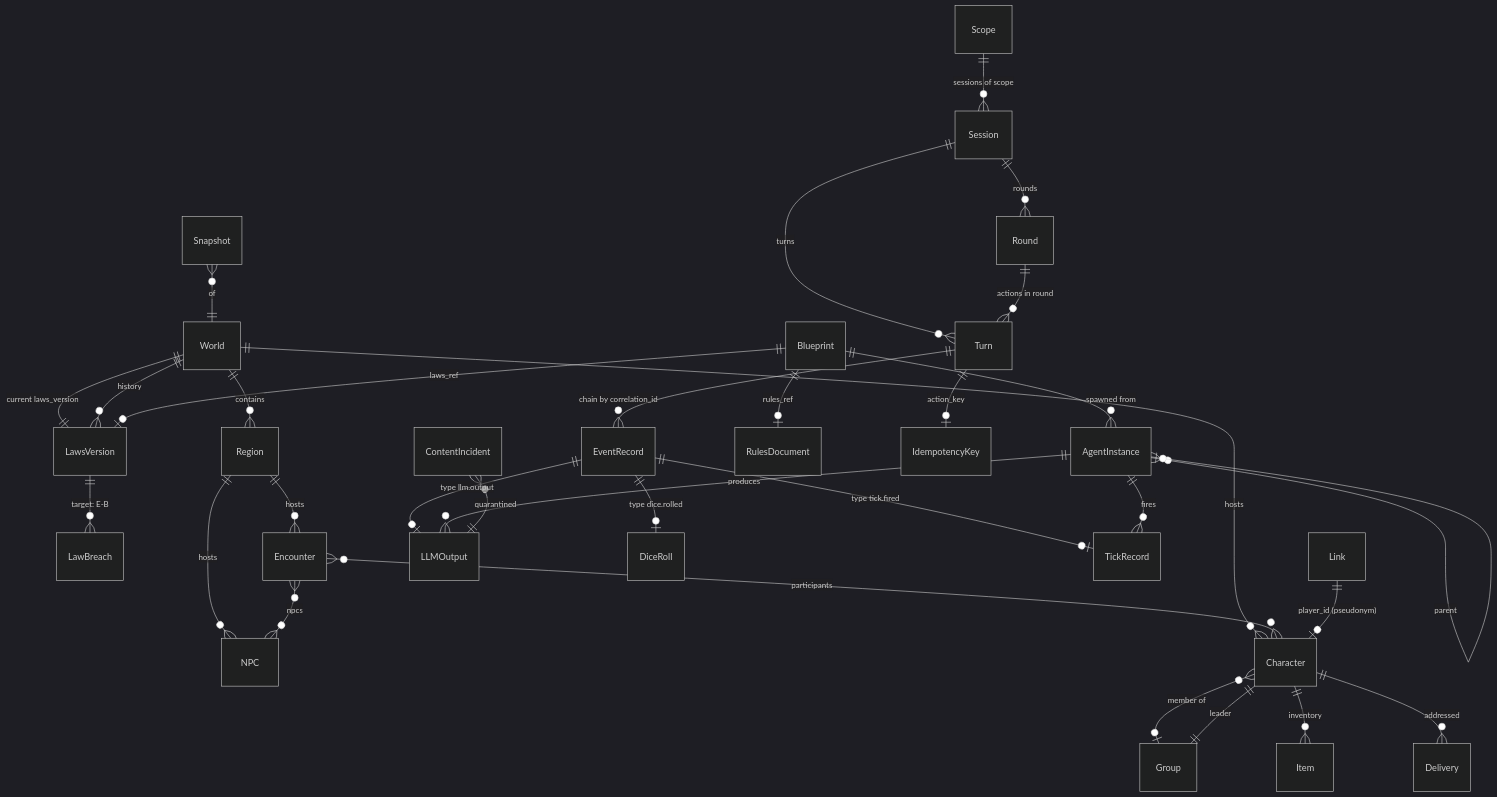
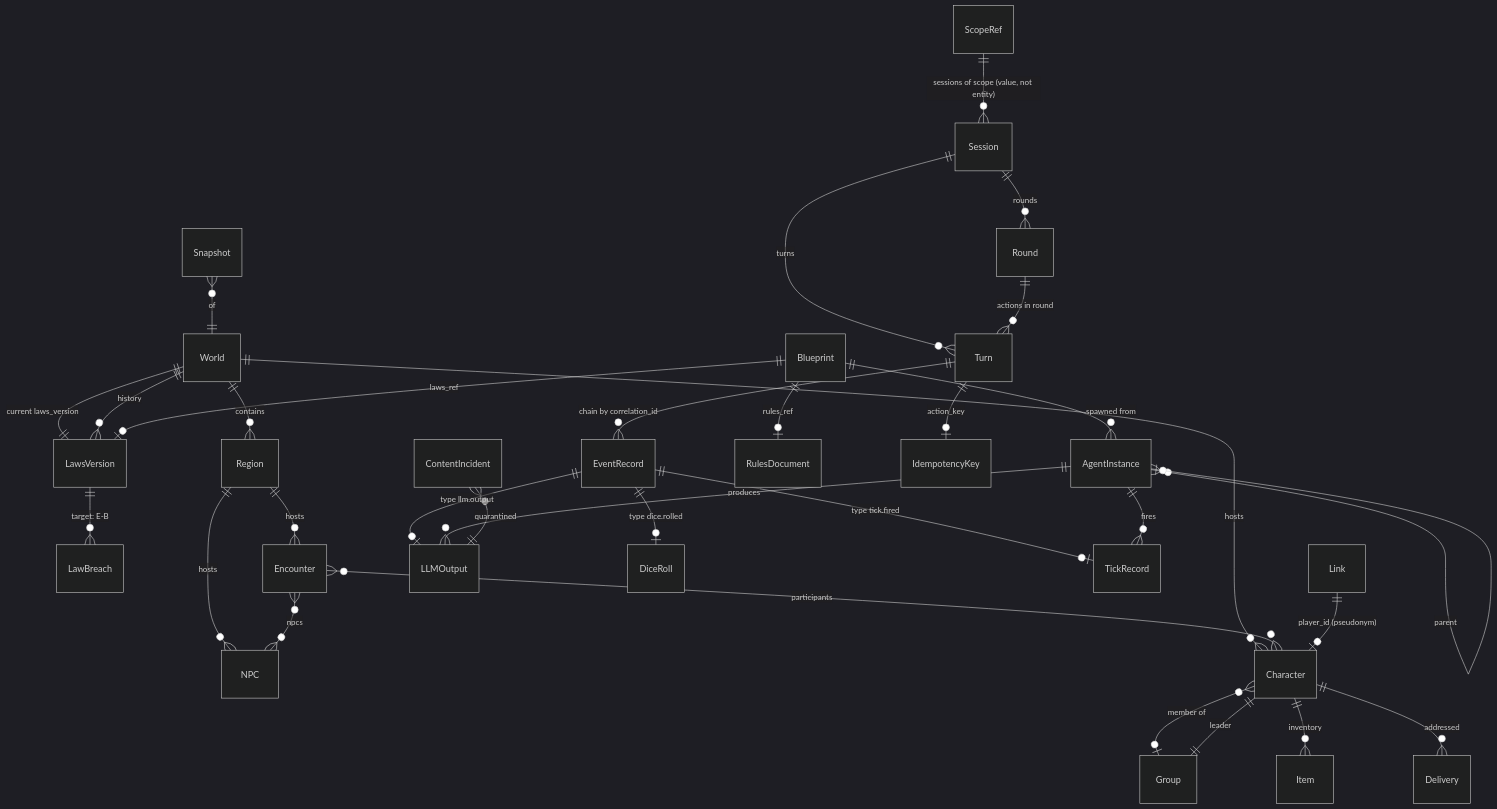
One commit to alekseizabelin1985-spec/multiverse-core changed the first of 7 diagrams in Docs/dev-team/analysis/data-model.md. Above: the diagram before and after it, drawn with Mermaid (dark theme). The commit also changed other lines of this file and 185 other files, not shown here.

````diff
--- a/Docs/dev-team/analysis/data-model.md
+++ b/Docs/dev-team/analysis/data-model.md
@@ -39,34 +39,34 @@
 ```mermaid
 erDiagram
     World ||--o{ Region : contains
     World ||--|| LawsVersion : "current laws_version"
     World ||--o{ LawsVersion : history
     LawsVersion ||--o{ LawBreach : "target: E-B"
     Region ||--o{ NPC : hosts
     Region ||--o{ Encounter : hosts
     World ||--o{ Character : hosts
     Character }o--o| Group : "member of"
     Group ||--|| Character : leader
     Encounter }o--o{ Character : participants
     Encounter }o--o{ NPC : npcs
     Character ||--o{ Item : inventory
     Link ||--o| Character : "player_id (pseudonym)"
-    Scope ||--o{ Session : "sessions of scope"
+    ScopeRef ||--o{ Session : "sessions of scope (value, not entity)"
     Session ||--o{ Turn : turns
     Session ||--o{ Round : rounds
     Round ||--o{ Turn : "actions in round"
     Turn ||--o{ EventRecord : "chain by correlation_id"
     EventRecord ||--o| LLMOutput : "type llm.output"
     EventRecord ||--o| DiceRoll : "type dice.rolled"
     EventRecord ||--o| TickRecord : "type tick.fired"
     Blueprint ||--o{ AgentInstance : "spawned from"
     AgentInstance }o--o| AgentInstance : parent
     AgentInstance ||--o{ TickRecord : fires
     AgentInstance ||--o{ LLMOutput : produces
     Blueprint ||--o| RulesDocument : rules_ref
     Blueprint ||--o| LawsVersion : laws_ref
     Snapshot }o--|| World : of
     Character ||--o{ Delivery : addressed
     Turn ||--o| IdempotencyKey : action_key
     ContentIncident }o--|| LLMOutput : "quarantined"
 ```
````
